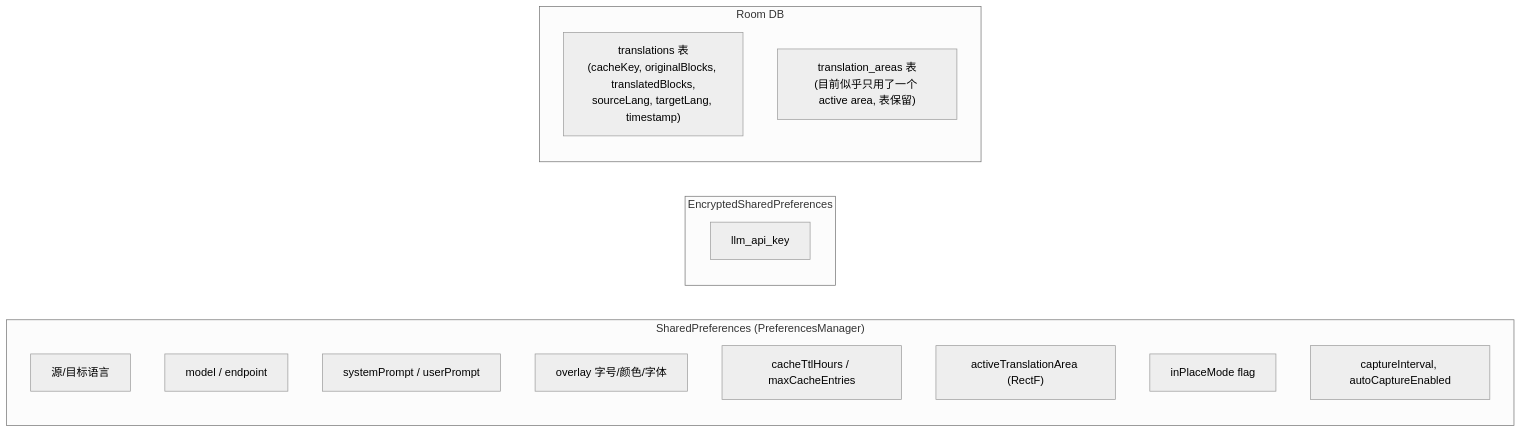
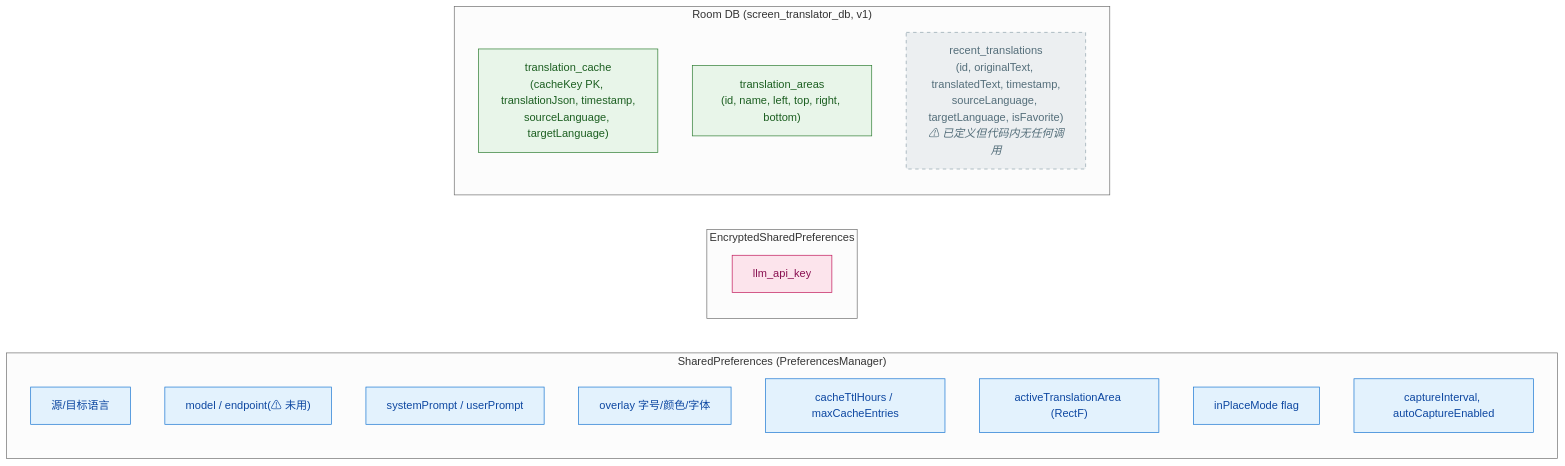
The eighth of 8 diagrams in ARCHITECTURE.md (wilson15832/ocr_translator_ai), drawn with Mermaid (neutral theme) before and after one commit. The commit also changed other lines of this file, not shown here.

````diff
--- a/ARCHITECTURE.md
+++ b/ARCHITECTURE.md
@@ -426,22 +497,28 @@
 ```mermaid
 flowchart LR
+    classDef pref fill:#E3F2FD,stroke:#1976D2,color:#0D47A1
+    classDef sec  fill:#FCE4EC,stroke:#C2185B,color:#880E4F
+    classDef room fill:#E8F5E9,stroke:#2E7D32,color:#1B5E20
+    classDef dead fill:#ECEFF1,stroke:#90A4AE,color:#546E7A,stroke-dasharray: 5 5
+
     subgraph Pref["SharedPreferences (PreferencesManager)"]
-        P1["源/目标语言"]
-        P2["model / endpoint"]
-        P3["systemPrompt / userPrompt"]
-        P4["overlay 字号/颜色/字体"]
-        P5["cacheTtlHours / maxCacheEntries"]
-        P6["activeTranslationArea (RectF)"]
-        P7["inPlaceMode flag"]
-        P8["captureInterval, autoCaptureEnabled"]
+        P1["源/目标语言"]:::pref
+        P2["model / endpoint(⚠ 未用)"]:::pref
+        P3["systemPrompt / userPrompt"]:::pref
+        P4["overlay 字号/颜色/字体"]:::pref
+        P5["cacheTtlHours / maxCacheEntries"]:::pref
+        P6["activeTranslationArea (RectF)"]:::pref
+        P7["inPlaceMode flag"]:::pref
+        P8["captureInterval, autoCaptureEnabled"]:::pref
     end
 
     subgraph Secure["EncryptedSharedPreferences"]
-        S1["llm_api_key"]
+        S1["llm_api_key"]:::sec
     end
 
-    subgraph Room["Room DB"]
-        R1["translations 表<br/>(cacheKey, originalBlocks, translatedBlocks,<br/>sourceLang, targetLang, timestamp)"]
-        R2["translation_areas 表<br/>(目前似乎只用了一个 active area, 表保留)"]
+    subgraph Room["Room DB (screen_translator_db, v1)"]
+        R1["translation_cache<br/>(cacheKey PK, translationJson, timestamp,<br/>sourceLanguage, targetLanguage)"]:::room
+        R2["translation_areas<br/>(id, name, left, top, right, bottom)"]:::room
+        R3["recent_translations<br/>(id, originalText, translatedText, timestamp,<br/>sourceLanguage, targetLanguage, isFavorite)<br/><i>⚠ 已定义但代码内无任何调用</i>"]:::dead
     end
 ```
````
